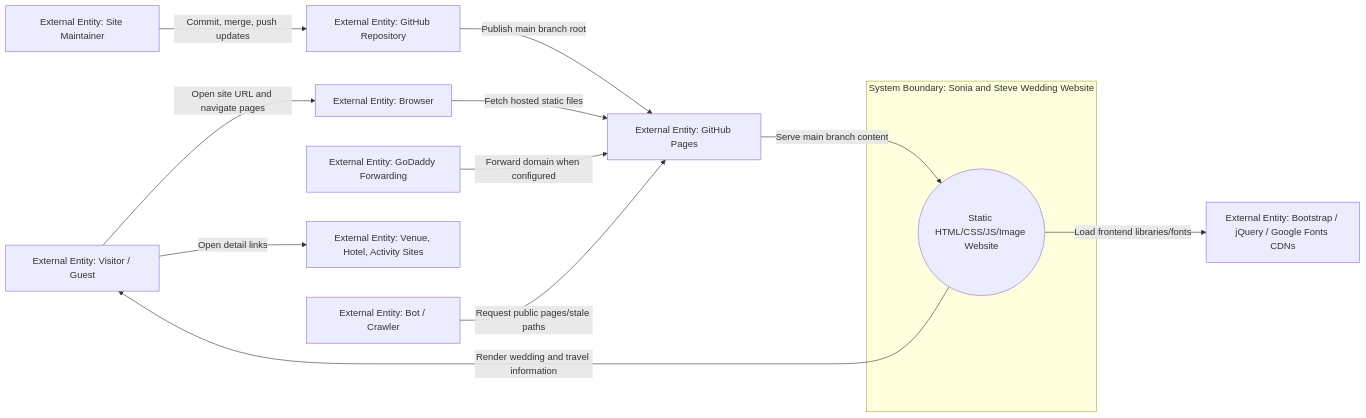
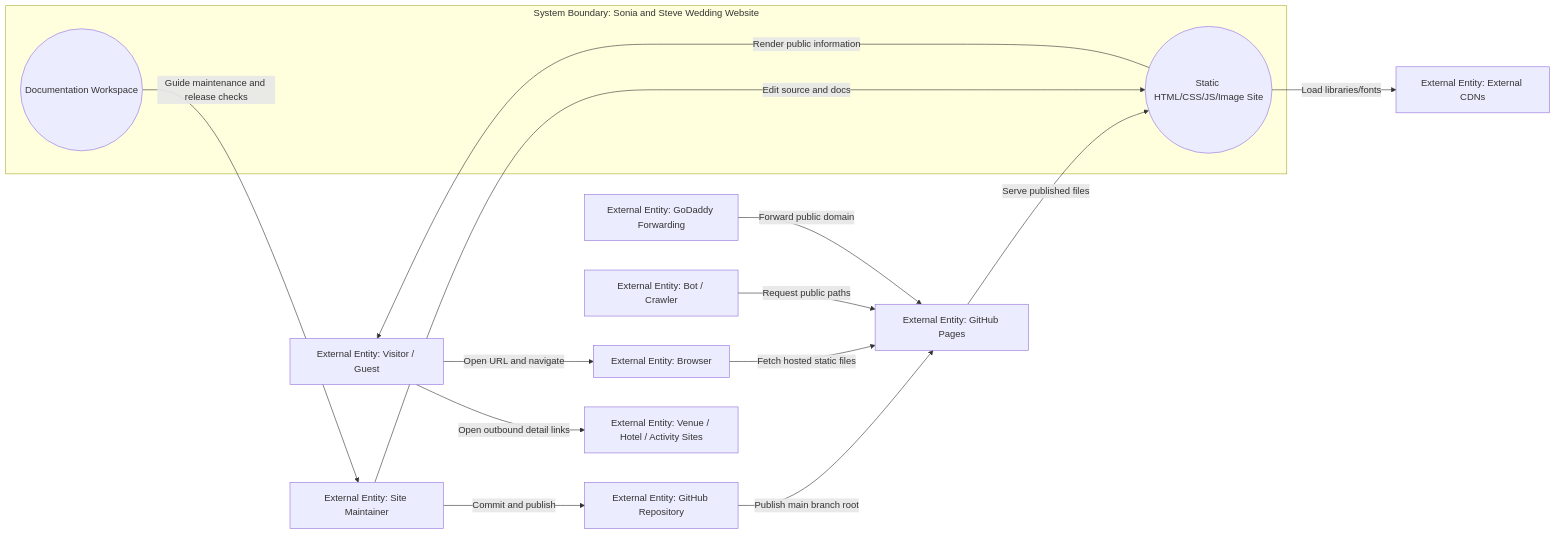
One commit to skeller01/wedding-website changed the first of 4 diagrams in documentation/requirements/current-state-design.md. Above: the diagram before and after it, drawn with Mermaid. The commit also changed other lines of this file and 10 other files, not shown here.

````diff
--- a/documentation/requirements/current-state-design.md
+++ b/documentation/requirements/current-state-design.md
@@ -53,27 +50,30 @@
 ```mermaid
 flowchart LR
   Guest[External Entity: Visitor / Guest]
   Maintainer[External Entity: Site Maintainer]
   Browser[External Entity: Browser]
-  GitHub[External Entity: GitHub Repository]
+  Repo[External Entity: GitHub Repository]
   Pages[External Entity: GitHub Pages]
   GoDaddy[External Entity: GoDaddy Forwarding]
-  CDN[External Entity: Bootstrap / jQuery / Google Fonts CDNs]
-  ExternalSites[External Entity: Venue, Hotel, Activity Sites]
+  CDN[External Entity: External CDNs]
+  Links[External Entity: Venue / Hotel / Activity Sites]
   Bot[External Entity: Bot / Crawler]
 
   subgraph System["System Boundary: Sonia and Steve Wedding Website"]
-    Site((Static HTML/CSS/JS/Image Website))
+    Site((Static HTML/CSS/JS/Image Site))
+    Docs((Documentation Workspace))
   end
 
-  Guest -->|Open site URL and navigate pages| Browser
+  Guest -->|Open URL and navigate| Browser
   Browser -->|Fetch hosted static files| Pages
-  Pages -->|Serve main branch content| Site
-  Site -->|Render wedding and travel information| Guest
-  Site -->|Load frontend libraries/fonts| CDN
-  Guest -->|Open detail links| ExternalSites
-  Maintainer -->|Commit, merge, push updates| GitHub
-  GitHub -->|Publish main branch root| Pages
-  GoDaddy -->|Forward domain when configured| Pages
-  Bot -->|Request public pages/stale paths| Pages
+  Pages -->|Serve published files| Site
+  Site -->|Render public information| Guest
+  Site -->|Load libraries/fonts| CDN
+  Guest -->|Open outbound detail links| Links
+  Maintainer -->|Edit source and docs| Site
+  Maintainer -->|Commit and publish| Repo
+  Repo -->|Publish main branch root| Pages
+  GoDaddy -->|Forward public domain| Pages
+  Bot -->|Request public paths| Pages
+  Docs -->|Guide maintenance and release checks| Maintainer
 ```
````
